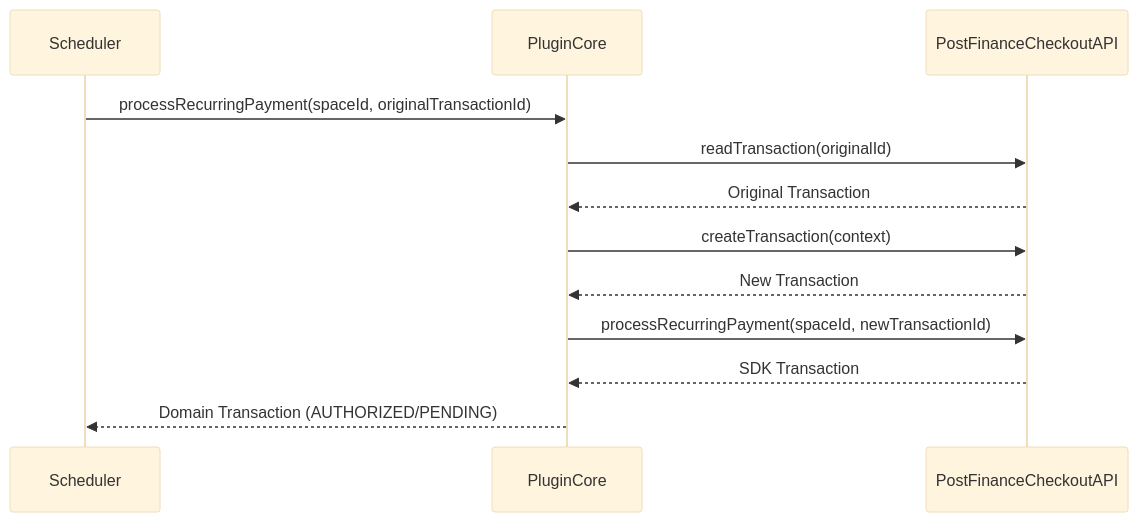
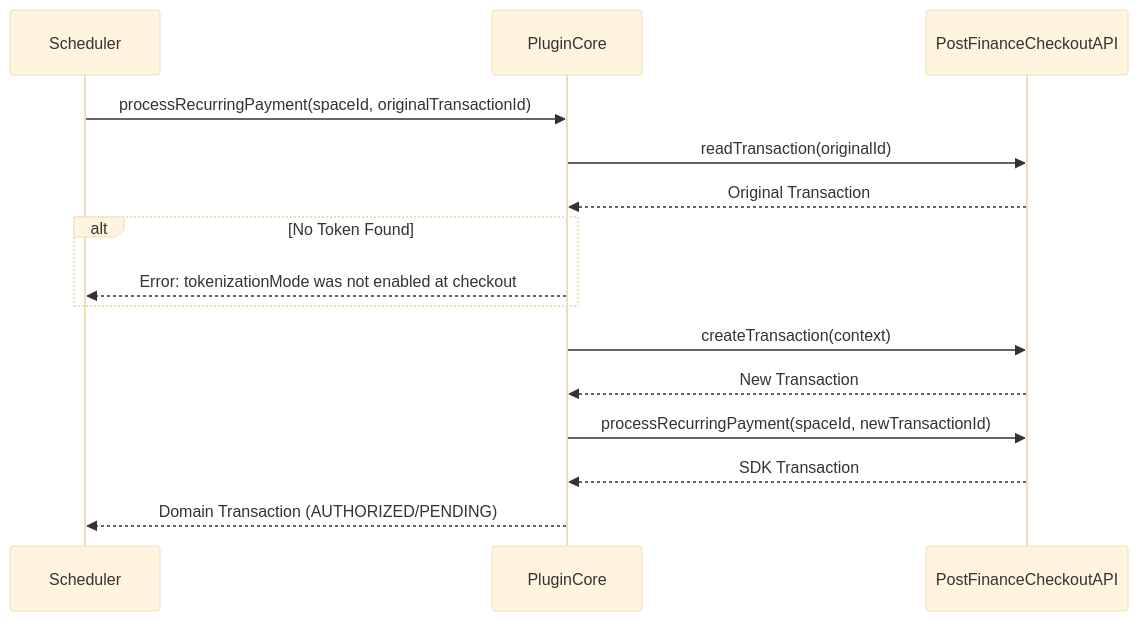
The diagram in docs/Recurring/README.md (pfpayments/plugin-core), drawn with Mermaid (base theme) before and after one commit. The commit also changed other lines of this file and 146 other files, not shown here.

````diff
--- a/docs/Recurring/README.md
+++ b/docs/Recurring/README.md
@@ -79,17 +80,21 @@
 ```mermaid
 sequenceDiagram
     participant Scheduler
     participant PluginCore
     participant PostFinanceCheckoutAPI
 
     Scheduler->>PluginCore: processRecurringPayment(spaceId, originalTransactionId)
     PluginCore->>PostFinanceCheckoutAPI: readTransaction(originalId)
     PostFinanceCheckoutAPI-->>PluginCore: Original Transaction
 
+    alt No Token Found
+        PluginCore-->>Scheduler: Error: tokenizationMode was not enabled at checkout
+    end
+
     PluginCore->>PostFinanceCheckoutAPI: createTransaction(context)
     PostFinanceCheckoutAPI-->>PluginCore: New Transaction
 
     PluginCore->>PostFinanceCheckoutAPI: processRecurringPayment(spaceId, newTransactionId)
     PostFinanceCheckoutAPI-->>PluginCore: SDK Transaction
     PluginCore-->>Scheduler: Domain Transaction (AUTHORIZED/PENDING)
 ```
````
